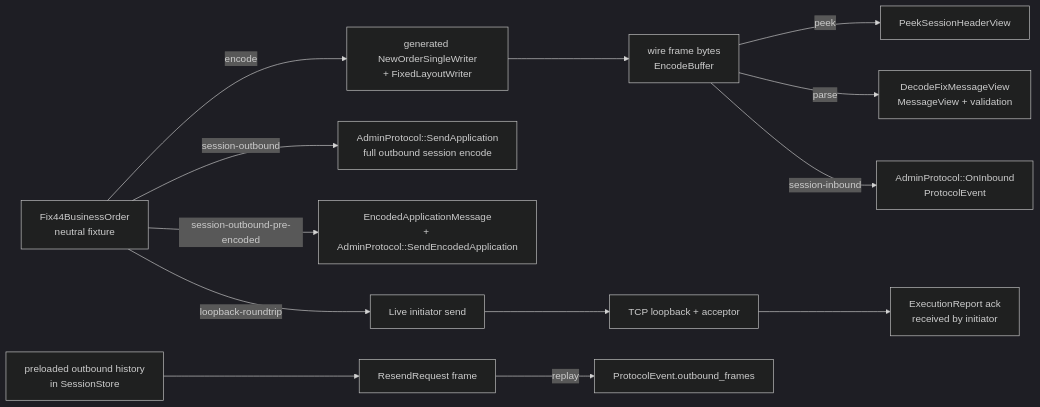
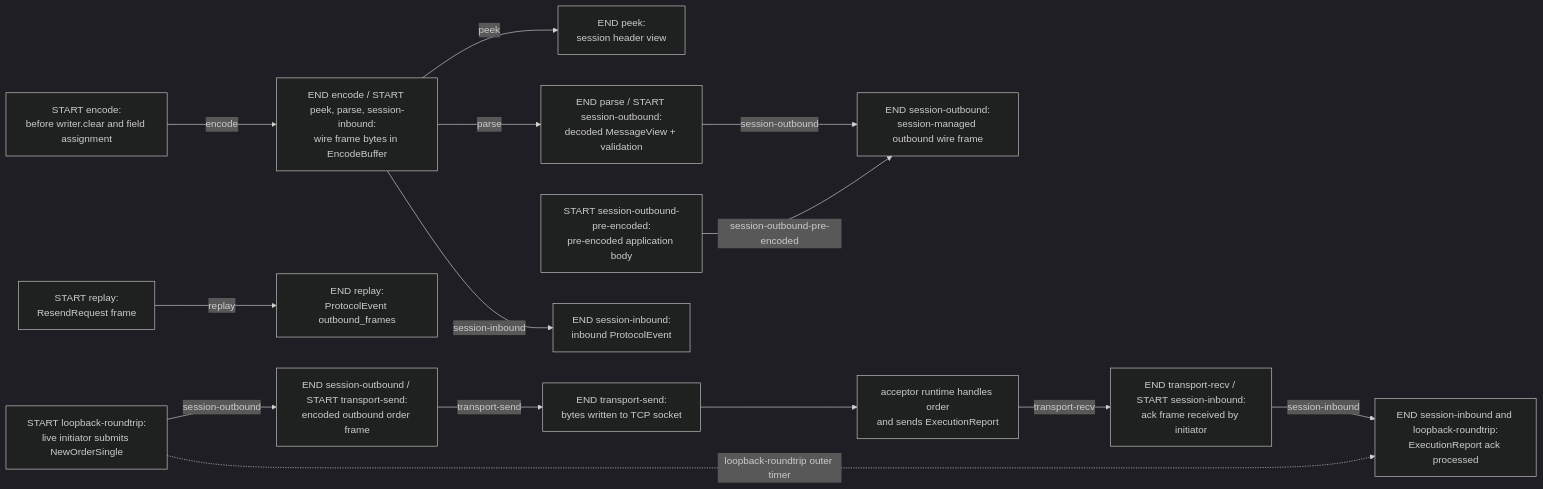
Before and after one commit to yhwwwwww/fastfix: the first of 3 diagrams in bench/README.md, drawn with Mermaid (dark theme). The commit also changed other lines of this file, not shown here.

Commit message:
docs: clarify benchmark flow diagrams

````diff
--- a/bench/README.md
+++ b/bench/README.md
@@ -58,13 +60,13 @@
 ```mermaid
 flowchart LR
-	A["Fix44BusinessOrder<br/>neutral fixture"] -->|encode| B["generated NewOrderSingleWriter<br/>+ FixedLayoutWriter"]
-	B --> C["wire frame bytes<br/>EncodeBuffer"]
-	C -->|peek| D["PeekSessionHeaderView"]
-	C -->|parse| E["DecodeFixMessageView<br/>MessageView + validation"]
-	A -->|session-outbound| M["AdminProtocol::SendApplication<br/>full outbound session encode"]
-	A -->|session-outbound-pre-encoded| N["EncodedApplicationMessage<br/>+ AdminProtocol::SendEncodedApplication"]
-	C -->|session-inbound| F["AdminProtocol::OnInbound<br/>ProtocolEvent"]
-	G["preloaded outbound history<br/>in SessionStore"] --> H["ResendRequest frame"]
-	H -->|replay| I["ProtocolEvent.outbound_frames"]
-	A -->|loopback-roundtrip| J["Live initiator send"] --> K["TCP loopback + acceptor"] --> L["ExecutionReport ack<br/>received by initiator"]
+	BO["START encode:<br/>before writer.clear and field assignment"] -->|encode| WF["END encode / START peek, parse, session-inbound:<br/>wire frame bytes in EncodeBuffer"]
+	WF -->|peek| PH["END peek:<br/>session header view"]
+	WF -->|parse| MV["END parse / START session-outbound:<br/>decoded MessageView + validation"]
+	MV -->|session-outbound| OF["END session-outbound:<br/>session-managed outbound wire frame"]
+	PB["START session-outbound-pre-encoded:<br/>pre-encoded application body"] -->|session-outbound-pre-encoded| OF
+	WF -->|session-inbound| PE["END session-inbound:<br/>inbound ProtocolEvent"]
+	RR["START replay:<br/>ResendRequest frame"] -->|replay| RF["END replay:<br/>ProtocolEvent outbound_frames"]
+
+	LS["START loopback-roundtrip:<br/>live initiator submits NewOrderSingle"] -->|session-outbound| LO["END session-outbound / START transport-send:<br/>encoded outbound order frame"] -->|transport-send| TX["END transport-send:<br/>bytes written to TCP socket"] --> AC["acceptor runtime handles order<br/>and sends ExecutionReport"] -->|transport-recv| RX["END transport-recv / START session-inbound:<br/>ack frame received by initiator"] -->|session-inbound| LE["END session-inbound and loopback-roundtrip:<br/>ExecutionReport ack processed"]
+	LS -.->|loopback-roundtrip outer timer| LE
 ```
````
